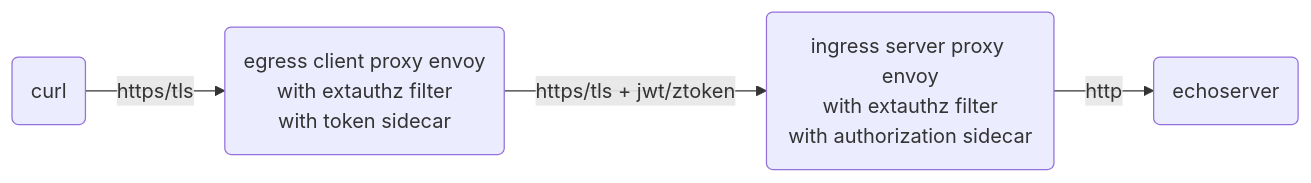
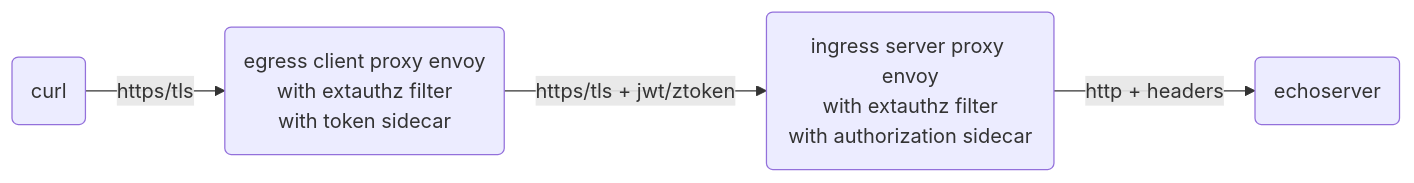
One commit to ctyano/athenz-distribution changed the second of 17 diagrams in docs/ENVOY.md. Above: the diagram before and after it, drawn with Mermaid. The commit also changed other lines of this file and 5 other files, not shown here.

````diff
--- a/docs/ENVOY.md
+++ b/docs/ENVOY.md
@@ -36,4 +36,4 @@
 ```mermaid
 flowchart LR
-A(curl) -->|https/tls| B(egress client proxy envoy\nwith extauthz filter\nwith token sidecar) -->|https/tls + jwt/ztoken| C(ingress server proxy envoy\nwith extauthz filter\nwith authorization sidecar) -->|http| D(echoserver)
+A(curl) -->|https/tls| B(egress client proxy envoy\nwith extauthz filter\nwith token sidecar) -->|https/tls + jwt/ztoken| C(ingress server proxy envoy\nwith extauthz filter\nwith authorization sidecar) -->|http + headers| D(echoserver)
 ```
````
